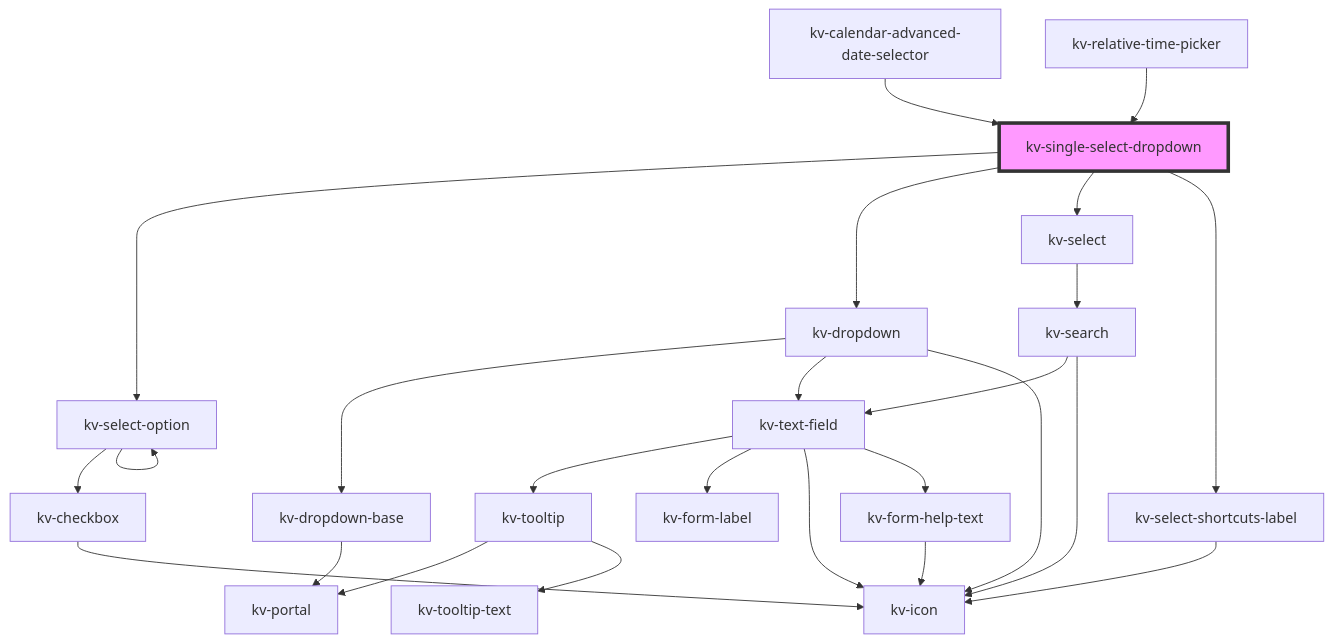
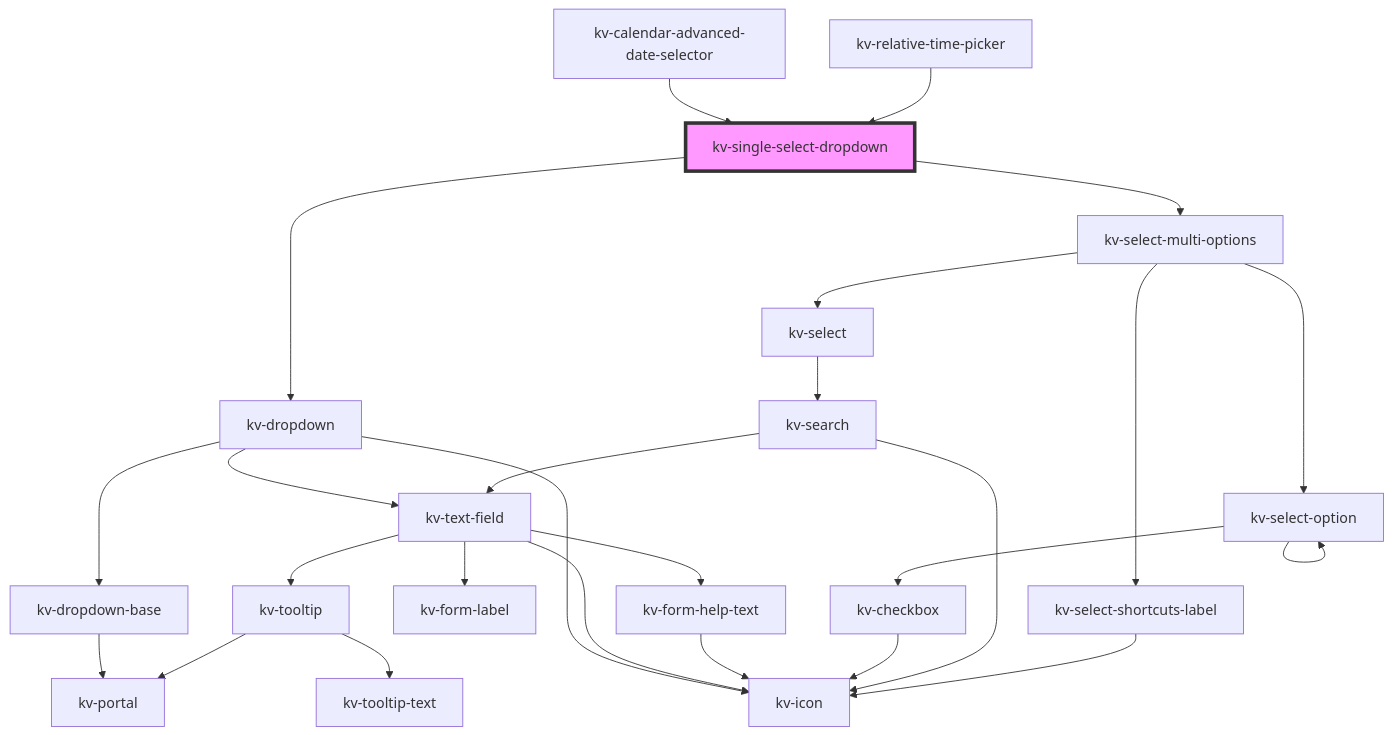
One commit to kelvininc/ui-components changed the diagram in packages/ui-components/src/components/single-select-dropdown/readme.md. Above: the diagram before and after it, drawn with Mermaid. The commit also changed other lines of this file and 35 other files, not shown here.

First line of the commit message:
feat(dropdowns)!: reuse `kv-select-multi-options` component in `kv-single-select-dropdown` component

````diff
--- a/packages/ui-components/src/components/single-select-dropdown/readme.md
+++ b/packages/ui-components/src/components/single-select-dropdown/readme.md
@@ -105,28 +117,29 @@
 ```mermaid
 graph TD;
-  kv-single-select-dropdown --> kv-select-option
   kv-single-select-dropdown --> kv-dropdown
-  kv-single-select-dropdown --> kv-select
-  kv-single-select-dropdown --> kv-select-shortcuts-label
-  kv-select-option --> kv-checkbox
-  kv-select-option --> kv-select-option
-  kv-checkbox --> kv-icon
+  kv-single-select-dropdown --> kv-select-multi-options
   kv-dropdown --> kv-dropdown-base
   kv-dropdown --> kv-text-field
   kv-dropdown --> kv-icon
   kv-dropdown-base --> kv-portal
   kv-text-field --> kv-tooltip
   kv-text-field --> kv-form-label
   kv-text-field --> kv-icon
   kv-text-field --> kv-form-help-text
   kv-tooltip --> kv-portal
   kv-tooltip --> kv-tooltip-text
   kv-form-help-text --> kv-icon
+  kv-select-multi-options --> kv-select-option
+  kv-select-multi-options --> kv-select
+  kv-select-multi-options --> kv-select-shortcuts-label
+  kv-select-option --> kv-checkbox
+  kv-select-option --> kv-select-option
+  kv-checkbox --> kv-icon
   kv-select --> kv-search
   kv-search --> kv-text-field
   kv-search --> kv-icon
   kv-select-shortcuts-label --> kv-icon
   kv-calendar-advanced-date-selector --> kv-single-select-dropdown
   kv-relative-time-picker --> kv-single-select-dropdown
   style kv-single-select-dropdown fill:#f9f,stroke:#333,stroke-width:4px
 ```
````
